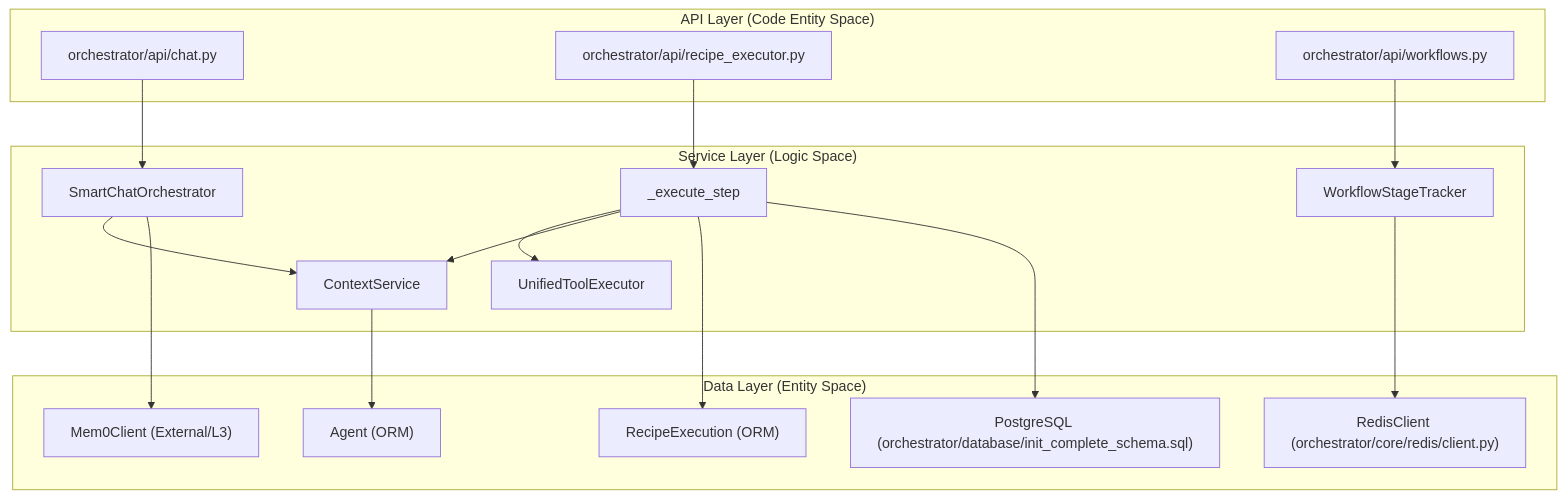
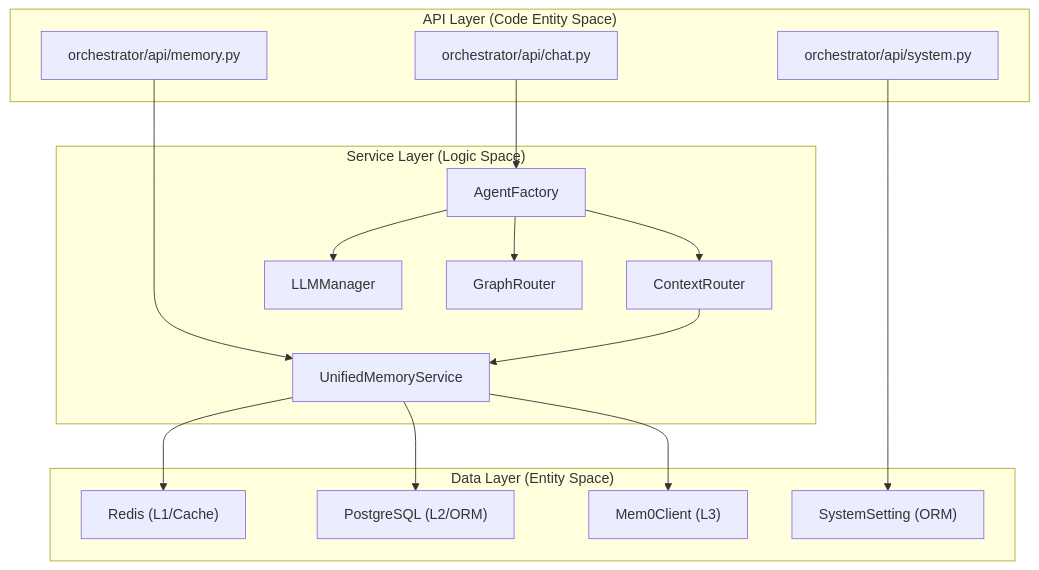
One commit to AutomatosAI/automatos-ai changed the first of 2 diagrams in docs/backend-architecture/service-layer-patterns.md. Above: the diagram before and after it, drawn with Mermaid. The commit also changed other lines of this file and 153 other files, not shown here.

````diff
--- a/docs/backend-architecture/service-layer-patterns.md
+++ b/docs/backend-architecture/service-layer-patterns.md
@@ -43,38 +34,36 @@
 ```mermaid
 graph TB
     subgraph "API Layer (Code Entity Space)"
         ChatRoute["orchestrator/api/chat.py"]
-        RecipeRoute["orchestrator/api/recipe_executor.py"]
-        WorkflowsRoute["orchestrator/api/workflows.py"]
+        MemoryRoute["orchestrator/api/memory.py"]
+        SystemRoute["orchestrator/api/system.py"]
     end
     
     subgraph "Service Layer (Logic Space)"
-        SmartOrchestrator["SmartChatOrchestrator"]
-        ContextService["ContextService"]
-        RecipeExecutor["_execute_step"]
-        UnifiedExecutor["UnifiedToolExecutor"]
-        WorkflowStageTracker["WorkflowStageTracker"]
+        UnifiedMemory["UnifiedMemoryService"]
+        ContextRouter["ContextRouter"]
+        AgentFactory["AgentFactory"]
+        LLMManager["LLMManager"]
+        GraphRouter["GraphRouter"]
     end
     
     subgraph "Data Layer (Entity Space)"
-        AgentModel["Agent (ORM)"]
-        RecipeExecution["RecipeExecution (ORM)"]
-        Mem0Client["Mem0Client (External/L3)"]
-        Redis["RedisClient (orchestrator/core/redis/client.py)"]
-        Postgres["PostgreSQL (orchestrator/database/init_complete_schema.sql)"]
+        Redis["Redis (L1/Cache)"]
+        Postgres["PostgreSQL (L2/ORM)"]
+        Mem0["Mem0Client (L3)"]
+        SysSetting["SystemSetting (ORM)"]
     end
     
-    ChatRoute --> SmartOrchestrator
-    RecipeRoute --> RecipeExecutor
-    WorkflowsRoute --> WorkflowStageTracker
+    ChatRoute --> AgentFactory
+    MemoryRoute --> UnifiedMemory
+    SystemRoute --> SysSetting
     
-    SmartOrchestrator --> ContextService
-    RecipeExecutor --> UnifiedExecutor
-    RecipeExecutor --> ContextService
+    AgentFactory --> ContextRouter
+    ContextRouter --> UnifiedMemory
+    UnifiedMemory --> Redis
+    UnifiedMemory --> Postgres
+    UnifiedMemory --> Mem0
     
-    ContextService --> AgentModel
-    SmartOrchestrator --> Mem0Client
-    RecipeExecutor --> RecipeExecution
-    WorkflowStageTracker --> Redis
-    RecipeExecutor --> Postgres
+    AgentFactory --> LLMManager
+    AgentFactory --> GraphRouter
 ```
````
